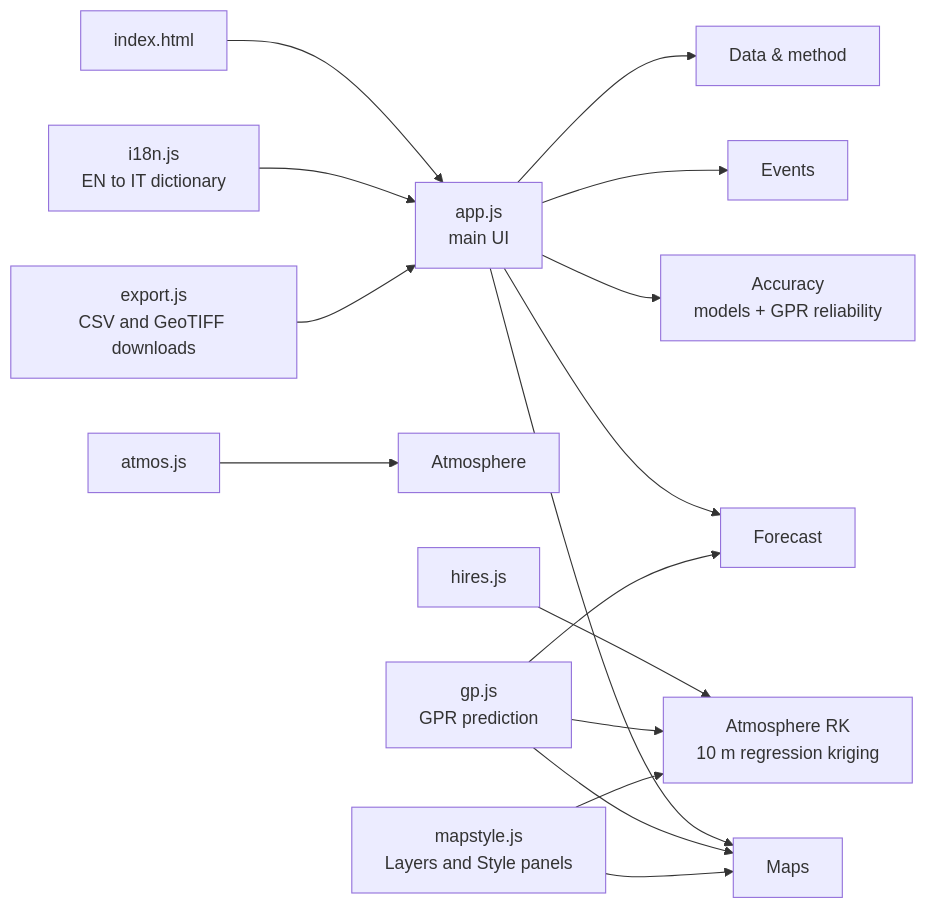
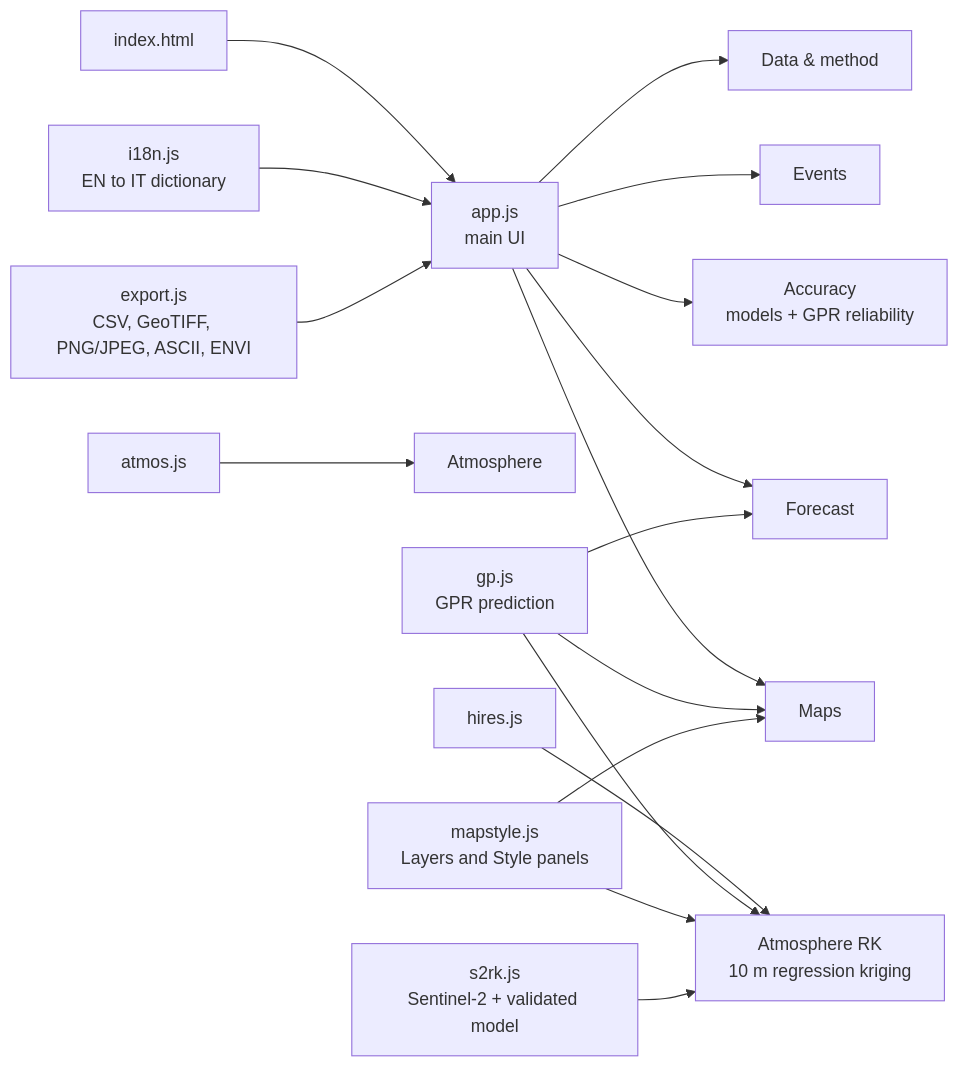
One commit to francescorossi3/prognostica changed the third of 5 diagrams in docs/HOW_IT_WORKS.md. Above: the diagram before and after it, drawn with Mermaid. The commit also changed other lines of this file and 4 other files, not shown here.

First line of the commit message:
docs, CLAUDE.md: import/export delle immagini, metodo Sentinel-2, modelli RT 6S e libRadtran

````diff
--- a/docs/HOW_IT_WORKS.md
+++ b/docs/HOW_IT_WORKS.md
@@ -56,18 +56,19 @@
 ```mermaid
 flowchart LR
   idx[index.html] --> app[app.js<br>main UI]
   app --> F[Forecast]
   app --> M[Maps]
   app --> R[Accuracy<br>models + GPR reliability]
   app --> E[Events]
   app --> DM[Data & method]
   atm[atmos.js] --> A[Atmosphere]
   hr[hires.js] --> H[Atmosphere RK<br>10 m regression kriging]
   gp[gp.js<br>GPR prediction] --> F
   gp --> M
   gp --> H
   i18n[i18n.js<br>EN to IT dictionary] --> app
   ms[mapstyle.js<br>Layers and Style panels] --> M
   ms --> H
-  ex[export.js<br>CSV and GeoTIFF downloads] --> app
+  ex[export.js<br>CSV, GeoTIFF, PNG/JPEG, ASCII, ENVI] --> app
+  s2[s2rk.js<br>Sentinel-2 + validated model] --> H
 ```
````
